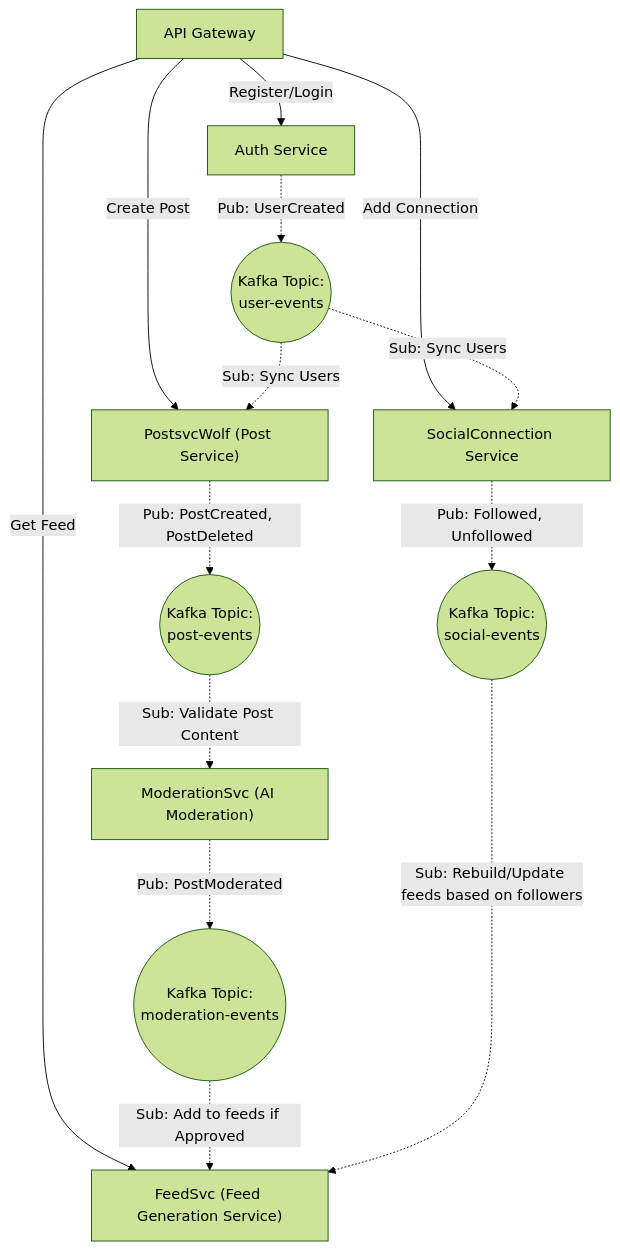
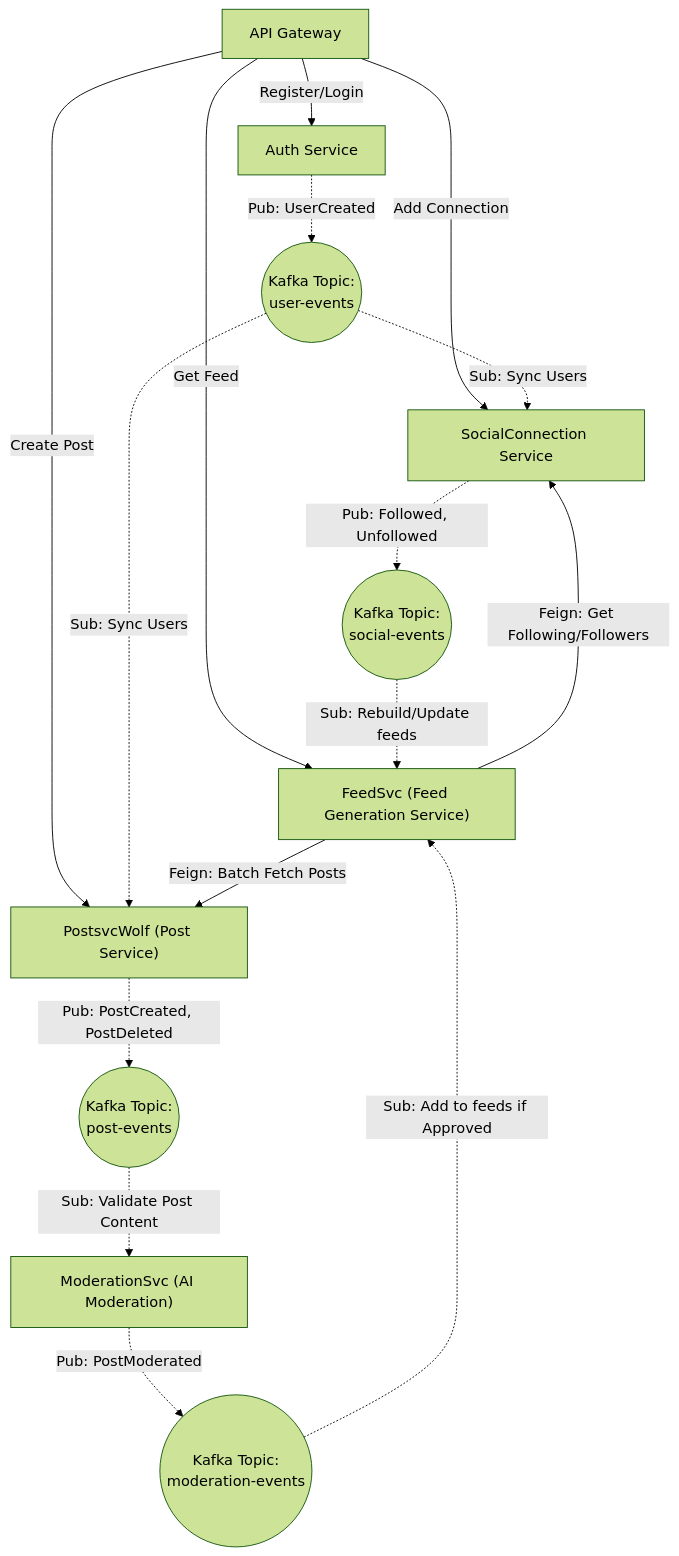
One commit to SUMIT74184/WolfDire-Central-Infra changed the diagram in Readme.md. Above: the diagram before and after it, drawn with Mermaid (forest theme). The commit also changed 137 other files, not shown here.

Commit message:
graphify-update

````diff
--- a/Readme.md
+++ b/Readme.md
@@ -5,39 +5,41 @@
 ```mermaid
 flowchart TD
     %% Define API Gateway
     AG[API Gateway]
     
     %% Define Microservices
     Auth[Auth Service]
     PostSvc["PostsvcWolf (Post Service)"]
     ModSvc["ModerationSvc (AI Moderation)"]
     Social[SocialConnection Service]
     Feed["FeedSvc (Feed Generation Service)"]
     
     %% Define Kafka Topics
     K_User((Kafka Topic:\nuser-events))
     K_Post((Kafka Topic:\npost-events))
     K_Mod((Kafka Topic:\nmoderation-events))
     K_Social((Kafka Topic:\nsocial-events))
     
     %% Client Requests
     AG -->|Register/Login| Auth
     AG -->|Create Post| PostSvc
     AG -->|Add Connection| Social
     AG -->|Get Feed| Feed
 
     %% Service to Kafka (Producers)
     Auth -.->|Pub: UserCreated| K_User
     PostSvc -.->|Pub: PostCreated, PostDeleted| K_Post
     ModSvc -.->|Pub: PostModerated| K_Mod
     Social -.->|Pub: Followed, Unfollowed| K_Social
 
     %% Kafka to Service (Consumers)
     K_User -.->|Sub: Sync Users| Social
     K_User -.->|Sub: Sync Users| PostSvc
     K_Post -.->|Sub: Validate Post Content| ModSvc
     
-    %% Feed Generation reads events
+    %% Feed Generation (Hybrid: Events + Feign)
     K_Mod -.->|Sub: Add to feeds if Approved| Feed
-    K_Social -.->|Sub: Rebuild/Update feeds based on followers| Feed
+    K_Social -.->|Sub: Rebuild/Update feeds| Feed
+    Feed -->|Feign: Get Following/Followers| Social
+    Feed -->|Feign: Batch Fetch Posts| PostSvc
 ```
````
